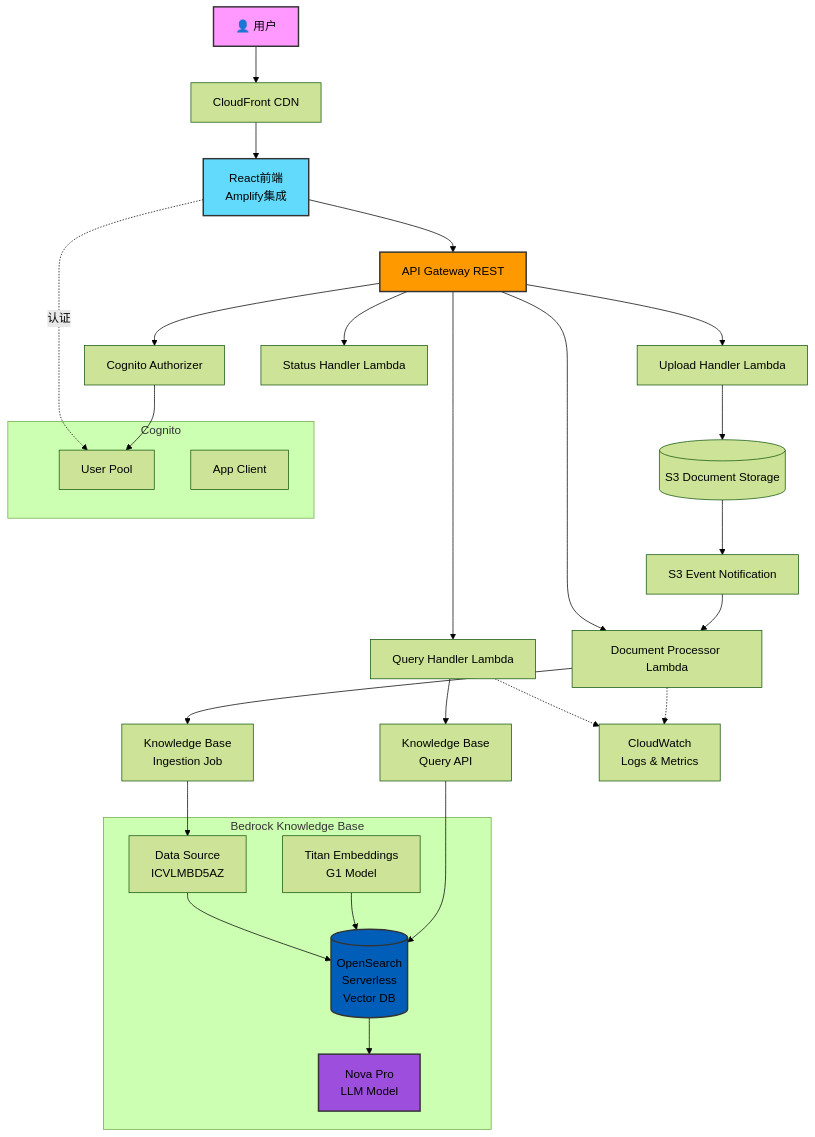
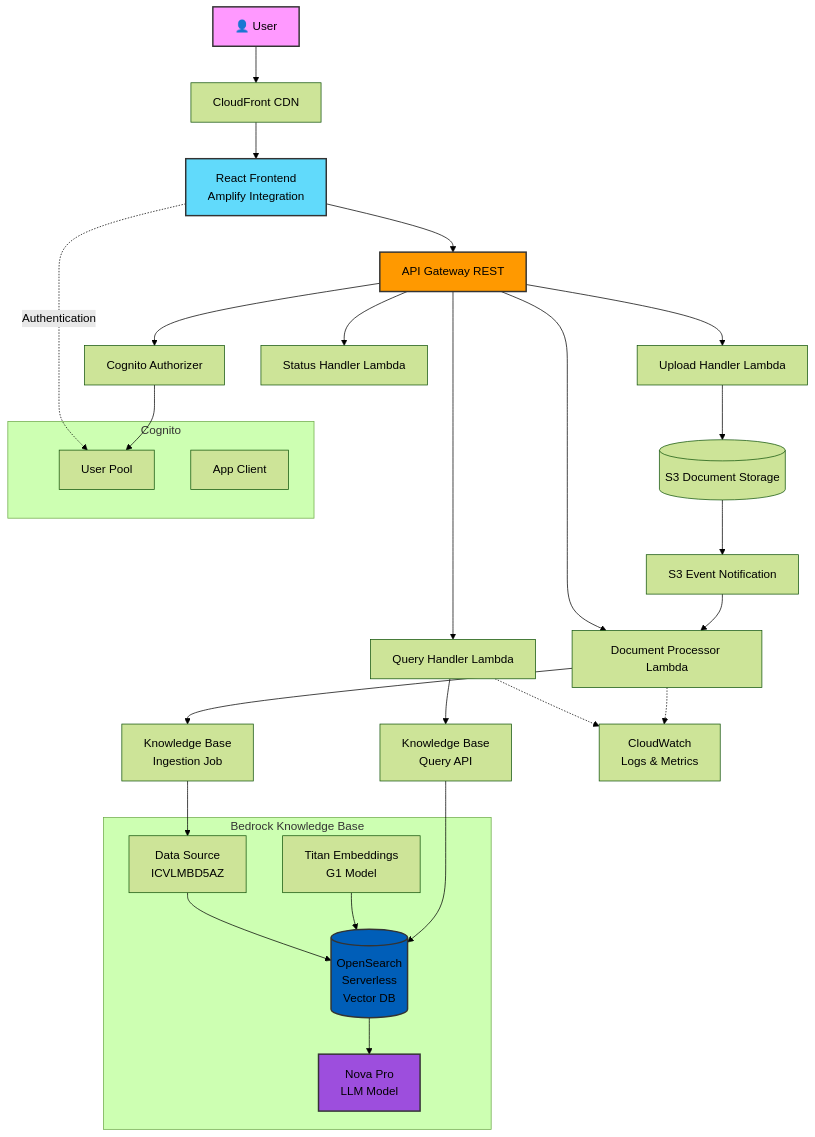
One commit to yincma/AWS-BEDROCK-RAG changed the first of 8 diagrams in README.md. Above: the diagram before and after it, drawn with Mermaid (forest theme). The commit also changed other lines of this file and 10 other files, not shown here.

````diff
--- a/README.md
+++ b/README.md
@@ -51,59 +51,59 @@
 ```mermaid
 graph TB
-    %% 用户层
-    User[👤 用户] --> CF[CloudFront CDN]
-    CF --> React[React前端<br/>Amplify集成]
+    %% User Layer
+    User[👤 User] --> CF[CloudFront CDN]
+    CF --> React[React Frontend<br/>Amplify Integration]
     
-    %% API层
+    %% API Layer
     React --> APIGW[API Gateway REST]
     APIGW --> CogAuth[Cognito Authorizer]
     
-    %% Lambda函数层
+    %% Lambda Function Layer
     APIGW --> QueryLambda[Query Handler Lambda]
     APIGW --> DocLambda[Document Processor Lambda]
     APIGW --> UploadLambda[Upload Handler Lambda]
     APIGW --> StatusLambda[Status Handler Lambda]
     
-    %% 存储层
+    %% Storage Layer
     UploadLambda --> S3Docs[(S3 Document Storage)]
     S3Docs --> S3Event[S3 Event Notification]
     S3Event --> DocLambda
     
     %% Bedrock Knowledge Base
     DocLambda --> KBIngest[Knowledge Base<br/>Ingestion Job]
     QueryLambda --> KBQuery[Knowledge Base<br/>Query API]
     
     subgraph Bedrock Knowledge Base
         DataSource[Data Source<br/>ICVLMBD5AZ]
         OpenSearch[(OpenSearch<br/>Serverless<br/>Vector DB)]
         TitanEmbed[Titan Embeddings<br/>G1 Model]
         NovaModel[Nova Pro<br/>LLM Model]
         
         DataSource --> OpenSearch
         TitanEmbed --> OpenSearch
         OpenSearch --> NovaModel
     end
     
     KBIngest --> DataSource
     KBQuery --> OpenSearch
     
-    %% 认证流
+    %% Authentication Flow
     subgraph Cognito
         UserPool[User Pool]
         AppClient[App Client]
     end
     
-    React -.->|认证| UserPool
+    React -.->|Authentication| UserPool
     CogAuth --> UserPool
     
-    %% 监控
+    %% Monitoring
     CloudWatch[CloudWatch<br/>Logs & Metrics]
     QueryLambda -.-> CloudWatch
     DocLambda -.-> CloudWatch
     
     style User fill:#f9f,stroke:#333,stroke-width:2px
     style React fill:#61dafb,stroke:#333,stroke-width:2px
     style APIGW fill:#ff9900,stroke:#333,stroke-width:2px
     style OpenSearch fill:#005EB8,stroke:#333,stroke-width:2px
     style NovaModel fill:#9d4edd,stroke:#333,stroke-width:2px
 ```
````
